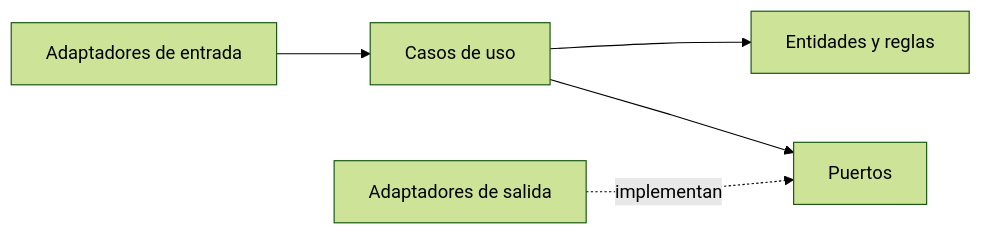
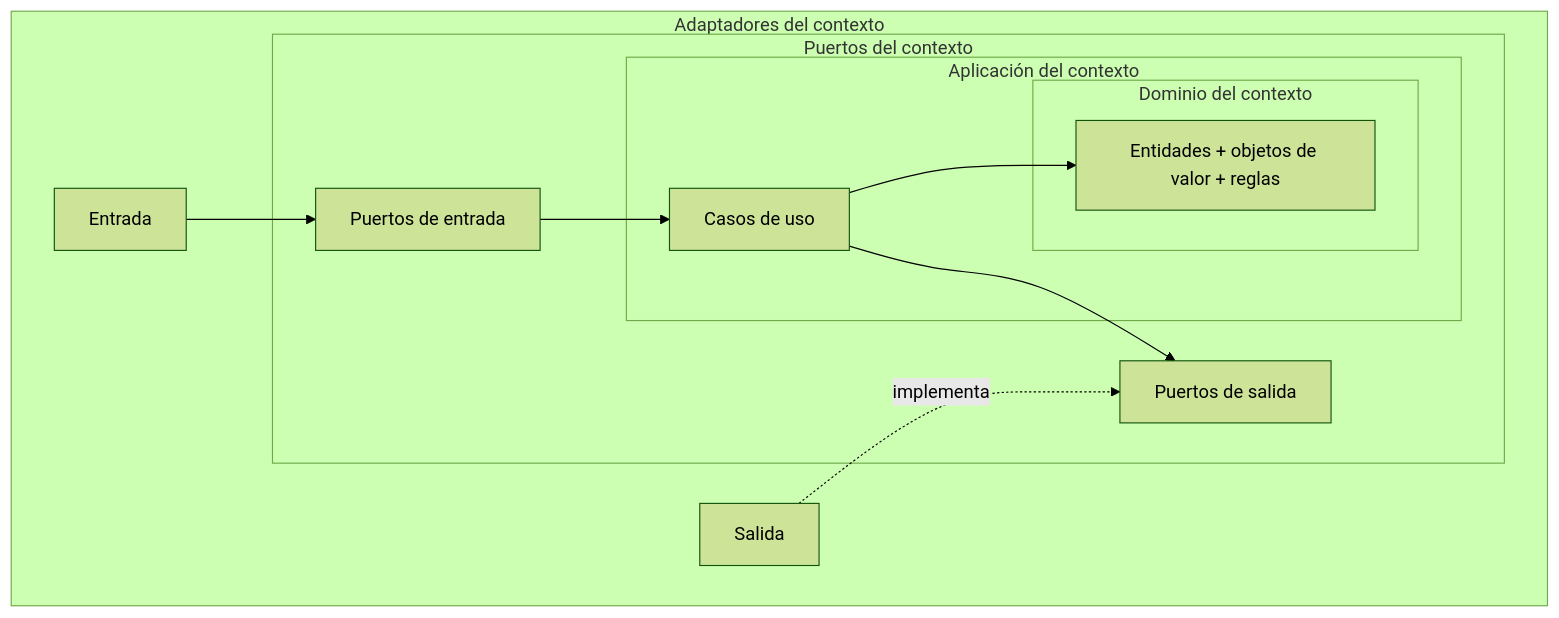
One commit to guilledpn/KNwS7F_2a2LZ7MS changed the fifth of 6 diagrams in docs/architecture/diagrams/to-be-crm-patrimonial-next.md. Above: the diagram before and after it, drawn with Mermaid (forest theme). The commit also changed other lines of this file, not shown here.

Commit message:
docs(architecture): clarify hexagonal layers and modular contexts

````diff
--- a/docs/architecture/diagrams/to-be-crm-patrimonial-next.md
+++ b/docs/architecture/diagrams/to-be-crm-patrimonial-next.md
@@ -74,7 +188,26 @@
 ```mermaid
-flowchart LR
-    IN["Adaptadores de entrada"] --> UC["Casos de uso"]
-    UC --> ENT["Entidades y reglas"]
-    UC --> PORT["Puertos"]
-    OUT["Adaptadores de salida"] -. implementan .-> PORT
+flowchart TB
+    subgraph OUT["Adaptadores del contexto"]
+        ENTRY["Entrada"]
+        EXIT["Salida"]
+
+        subgraph BORDER["Puertos del contexto"]
+            INP["Puertos de entrada"]
+            OUTP["Puertos de salida"]
+
+            subgraph APPCTX["Aplicación del contexto"]
+                UC["Casos de uso"]
+
+                subgraph DOMCTX["Dominio del contexto"]
+                    MODEL["Entidades + objetos de valor + reglas"]
+                end
+            end
+        end
+    end
+
+    ENTRY --> INP
+    INP --> UC
+    UC --> MODEL
+    UC --> OUTP
+    EXIT -. implementa .-> OUTP
 ```
````
